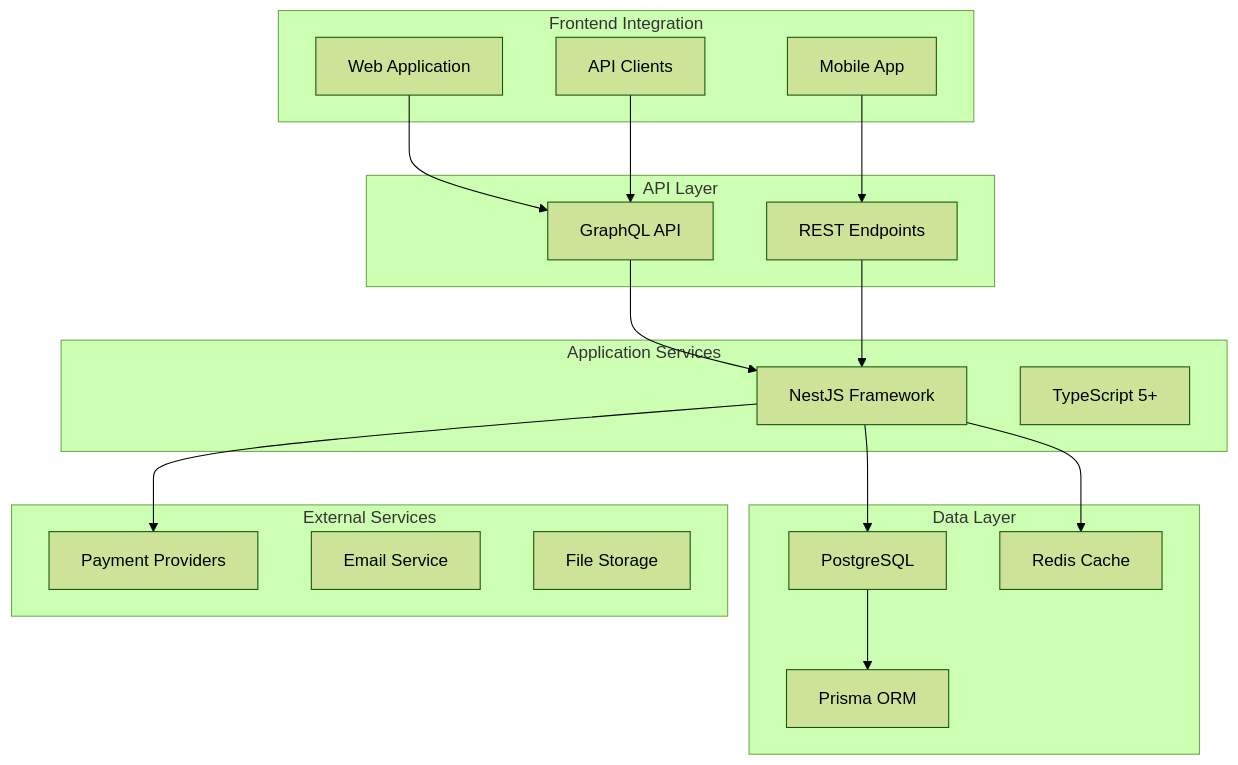
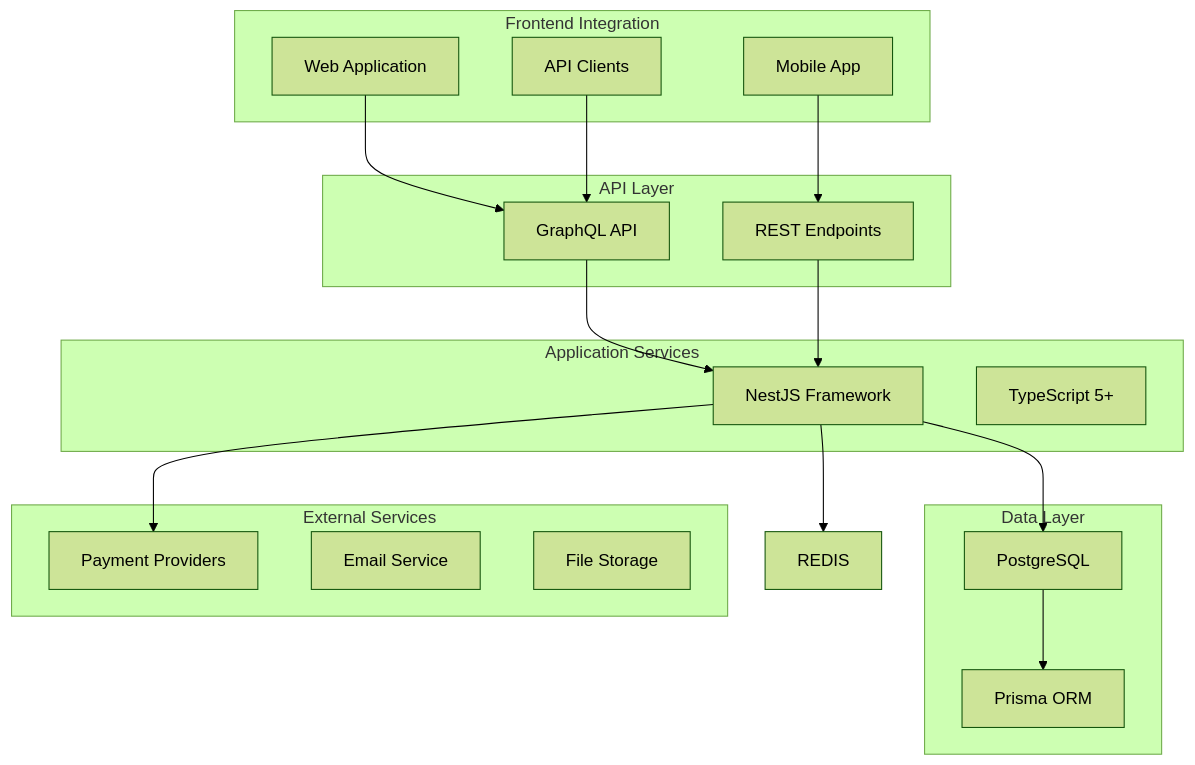
Before and after one commit to GerardoFdez7/easystore-services: the diagram in docs/README.md, drawn with Mermaid (forest theme). The commit also changed 23 other files, not shown here.

````diff
--- a/docs/README.md
+++ b/docs/README.md
@@ -30,40 +30,39 @@
 ```mermaid
 graph TB
     subgraph "Frontend Integration"
         WEB[Web Application]
         MOBILE[Mobile App]
         API_CLIENT[API Clients]
     end
 
     subgraph "API Layer"
         GQL[GraphQL API]
         REST[REST Endpoints]
     end
 
     subgraph "Application Services"
         NESTJS[NestJS Framework]
         TYPESCRIPT[TypeScript 5+]
     end
 
     subgraph "Data Layer"
         POSTGRES[PostgreSQL]
         PRISMA[Prisma ORM]
-        REDIS[Redis Cache]
     end
 
     subgraph "External Services"
         PAYMENT[Payment Providers]
         EMAIL[Email Service]
         STORAGE[File Storage]
     end
 
     WEB --> GQL
     MOBILE --> REST
     API_CLIENT --> GQL
     GQL --> NESTJS
     REST --> NESTJS
     NESTJS --> POSTGRES
     NESTJS --> REDIS
     NESTJS --> PAYMENT
     POSTGRES --> PRISMA
 ```
````
